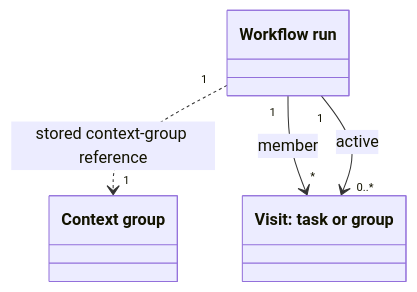
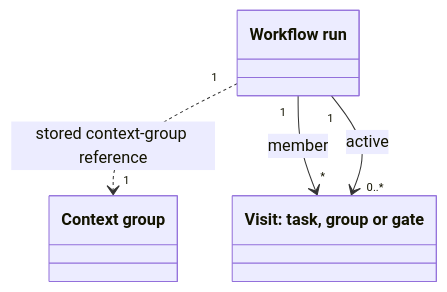
The diagram in extensions/workflow/README.md (codethread/botlake), drawn with Mermaid before and after one commit. The commit also changed other lines of this file and 6 other files, not shown here.

````diff
--- a/extensions/workflow/README.md
+++ b/extensions/workflow/README.md
@@ -9,10 +9,10 @@
 ```mermaid
 classDiagram
   class Run["Workflow run"]
   class Context["Context group"]
-  class Visit["Visit: task or group"]
+  class Visit["Visit: task, group or gate"]
 
   Run "1" ..> "1" Context : stored context-group reference
   Run "1" --> "*" Visit : member
   Run "1" --> "0..*" Visit : active
 ```
````
